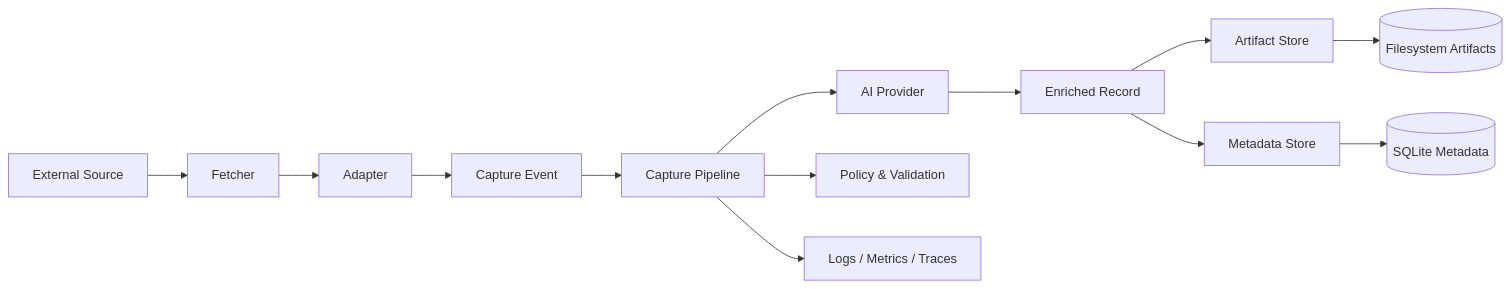
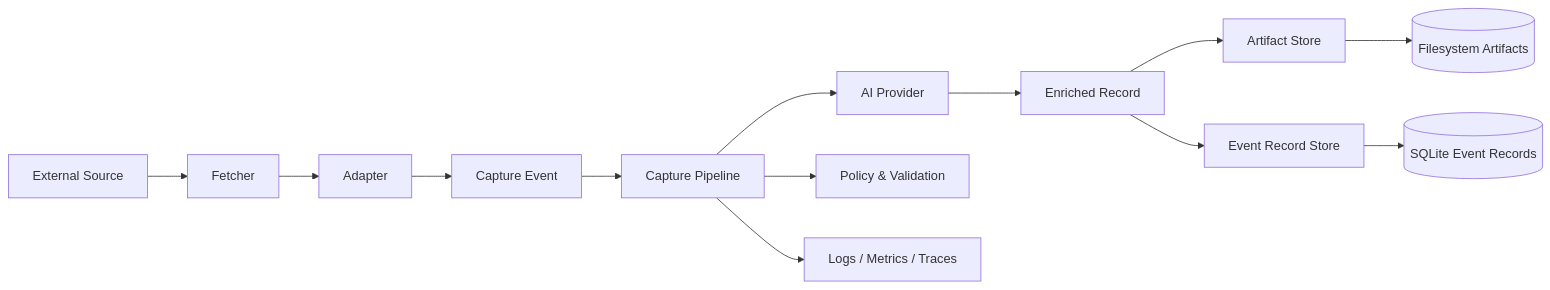
Before and after one commit to LoveOrange/shiyi: the diagram in README.md, drawn with Mermaid. The commit also changed other lines of this file and 18 other files, not shown here.

Commit message:
refactor: rename metadata store to event record store

````diff
--- a/README.md
+++ b/README.md
@@ -24,15 +24,15 @@
 ```mermaid
 flowchart LR
   Source[External Source] --> Fetcher[Fetcher]
   Fetcher --> Adapter[Adapter]
   Adapter --> CaptureEvent[Capture Event]
   CaptureEvent --> Pipeline[Capture Pipeline]
   Pipeline --> AI[AI Provider]
   AI --> Enriched[Enriched Record]
   Pipeline --> Policy[Policy & Validation]
   Enriched --> ArtifactStore[Artifact Store]
-  Enriched --> MetadataStore[Metadata Store]
+  Enriched --> EventRecordStore[Event Record Store]
   ArtifactStore --> FS[(Filesystem Artifacts)]
-  MetadataStore --> SQLite[(SQLite Metadata)]
+  EventRecordStore --> SQLite[(SQLite Event Records)]
   Pipeline --> Telemetry[Logs / Metrics / Traces]
 ```
````
